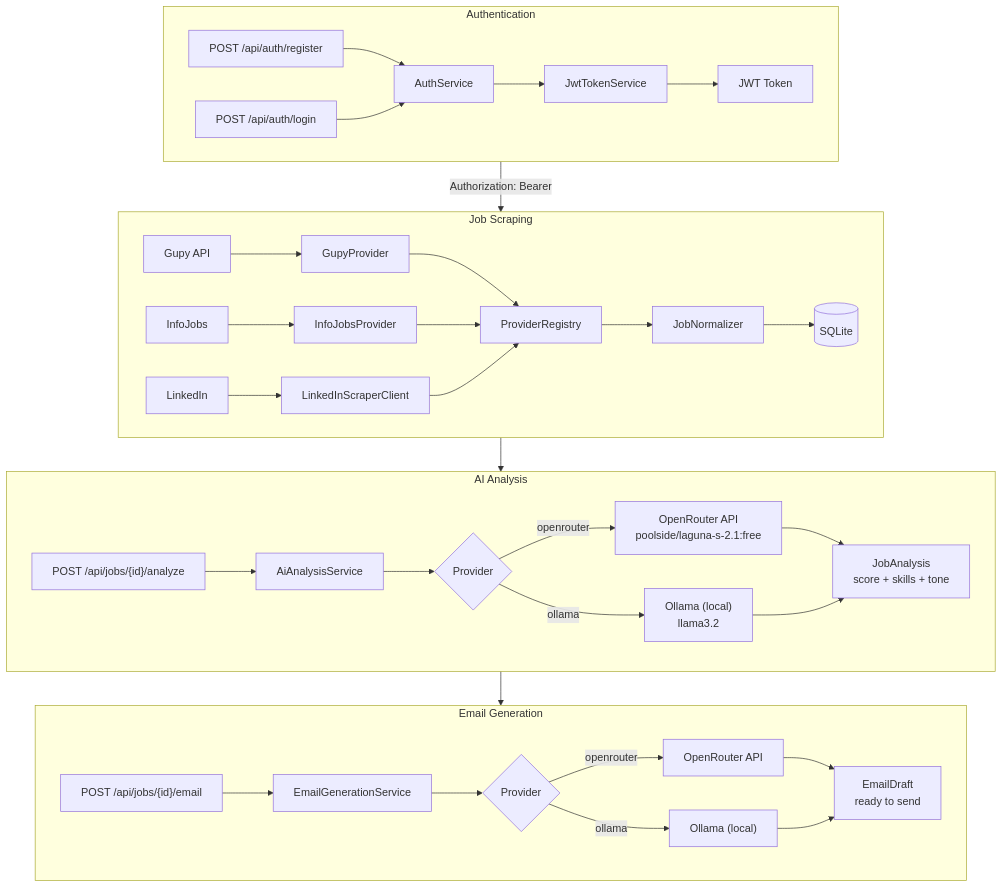
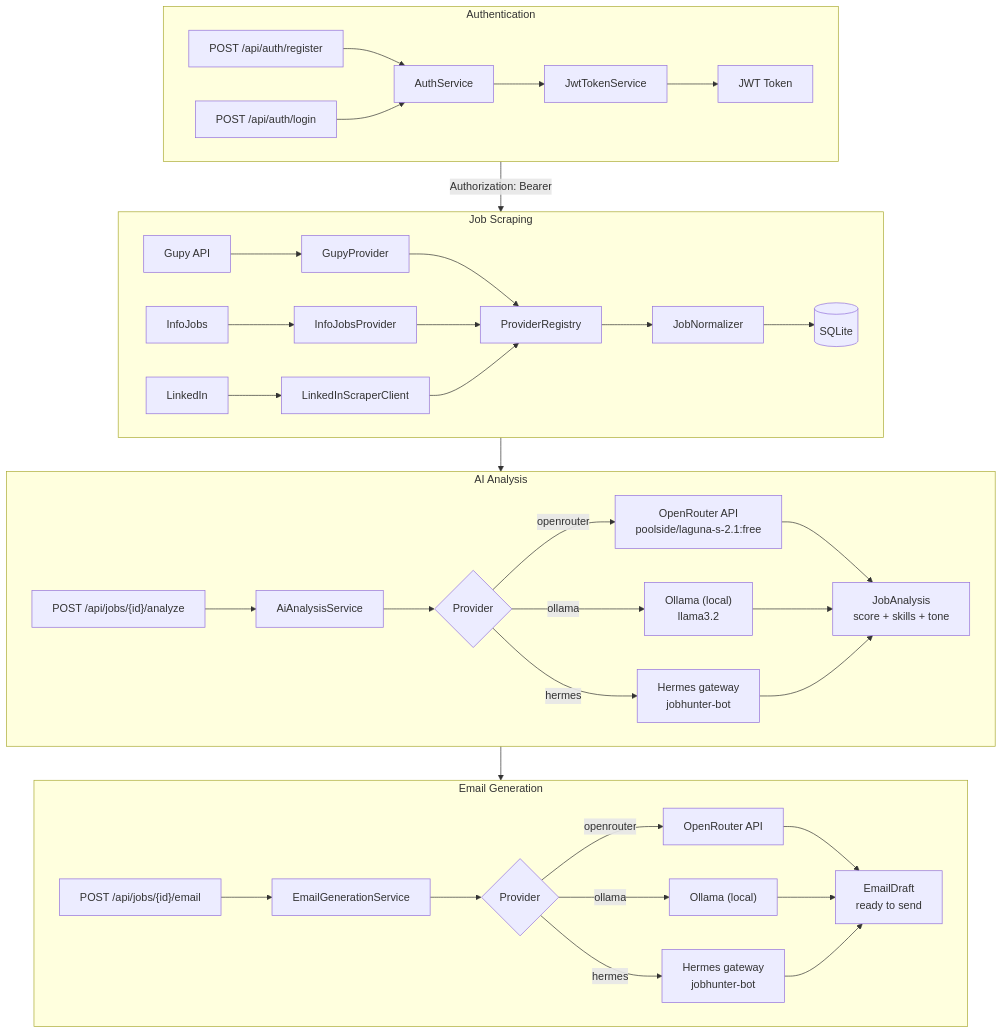
One commit to Uzzoper/job-hunter changed the first of 5 diagrams in README.md. Above: the diagram before and after it, drawn with Mermaid. The commit also changed other lines of this file and 1 other file, not shown here.

Commit message:
docs(readme): add hermes gateway to diagrams, tech stack and prerequisites

````diff
--- a/README.md
+++ b/README.md
@@ -19,42 +19,46 @@
 ```mermaid
 flowchart TB
     subgraph Auth["Authentication"]
         A1[POST /api/auth/register] --> A2[AuthService]
         A3[POST /api/auth/login] --> A2
         A2 --> A4[JwtTokenService]
         A4 --> A5[JWT Token]
     end
 
     subgraph Scraper["Job Scraping"]
         S1[Gupy API] --> S2[GupyProvider]
         S3[InfoJobs] --> S4[InfoJobsProvider]
         S5[LinkedIn] --> S6[LinkedInScraperClient]
         S2 --> S7[ProviderRegistry]
         S4 --> S7
         S6 --> S7
         S7 --> S8[JobNormalizer]
         S8 --> S9[(SQLite)]
     end
 
     subgraph AI["AI Analysis"]
         I1["POST /api/jobs/{id}/analyze"] --> I2[AiAnalysisService]
         I2 --> I3{Provider}
         I3 -->|openrouter| I4["OpenRouter API<br/>poolside/laguna-s-2.1:free"]
         I3 -->|ollama| I5["Ollama (local)<br/>llama3.2"]
+        I3 -->|hermes| I7["Hermes gateway<br/>jobhunter-bot"]
         I4 --> I6[JobAnalysis<br/>score + skills + tone]
         I5 --> I6
+        I7 --> I6
     end
 
     subgraph Email["Email Generation"]
         E1["POST /api/jobs/{id}/email"] --> E2[EmailGenerationService]
         E2 --> E3{Provider}
         E3 -->|openrouter| E4["OpenRouter API"]
         E3 -->|ollama| E5["Ollama (local)"]
+        E3 -->|hermes| E7["Hermes gateway<br/>jobhunter-bot"]
         E4 --> E6[EmailDraft<br/>ready to send]
         E5 --> E6
+        E7 --> E6
     end
 
     Auth -->|Authorization: Bearer| Scraper
     Scraper --> AI
     AI --> Email
 ```
````
